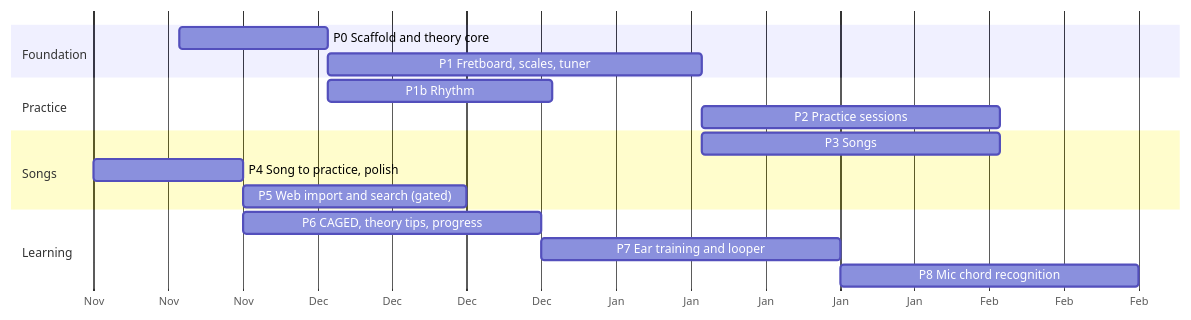
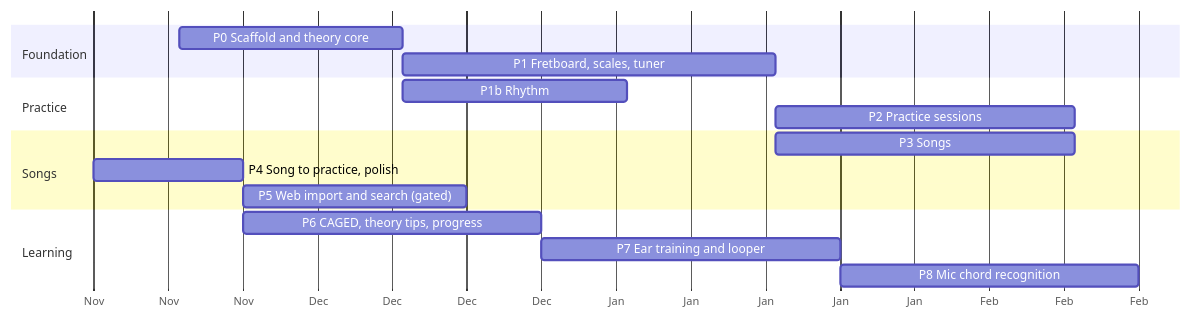
One commit to stainedhead/mackey-guitar-tutor changed the diagram in docs/roadmap.md. Above: the diagram before and after it, drawn with Mermaid. The commit also changed other lines of this file and 15 other files, not shown here.

````diff
--- a/docs/roadmap.md
+++ b/docs/roadmap.md
@@ -5,19 +5,19 @@
 ```mermaid
 gantt
     dateFormat YYYY-MM-DD
     axisFormat %b
     section Foundation
-    P0 Scaffold and theory core     :p0, 2026-11-23, 2w
+    P0 Scaffold and theory core     :p0, 2026-11-23, 3w
     P1 Fretboard, scales, tuner     :p1, after p0, 5w
     section Practice
     P1b Rhythm: metronome and drums :p1b, after p0, 3w
     P2 Practice sessions            :p2, after p1, 4w
     section Songs
     P3 Songs: paste and ChordPro    :p3, after p1, 4w
     P4 Song to practice, polish     :p4, after p3, 2w
     P5 Web import and search (gated):p5, after p4, 3w
     section Learning
     P6 CAGED, theory tips, progress :p6, after p4, 4w
     P7 Ear training and looper      :p7, after p6, 4w
     P8 Mic chord recognition        :p8, after p7, 4w
 ```
````
